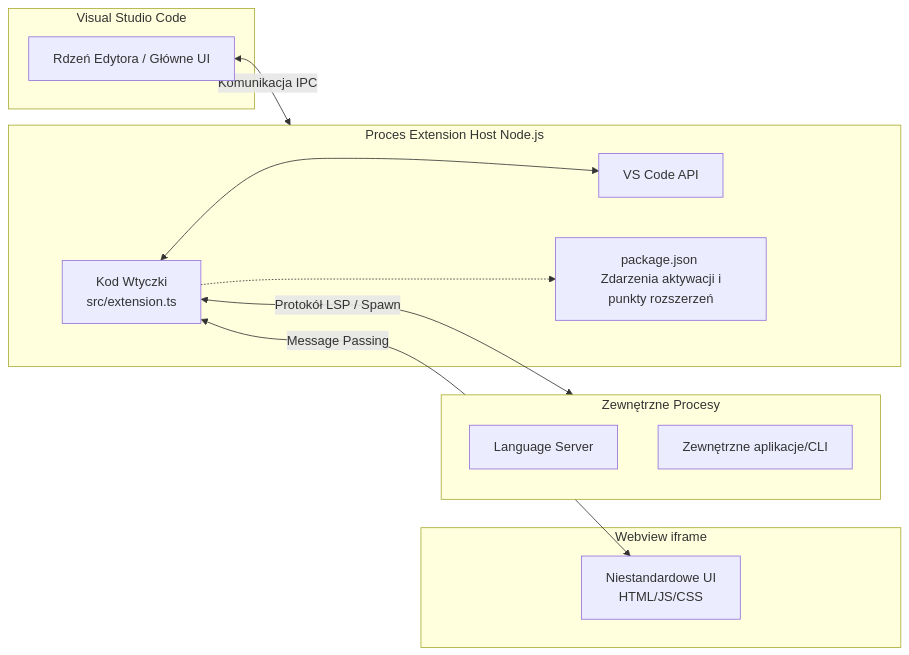
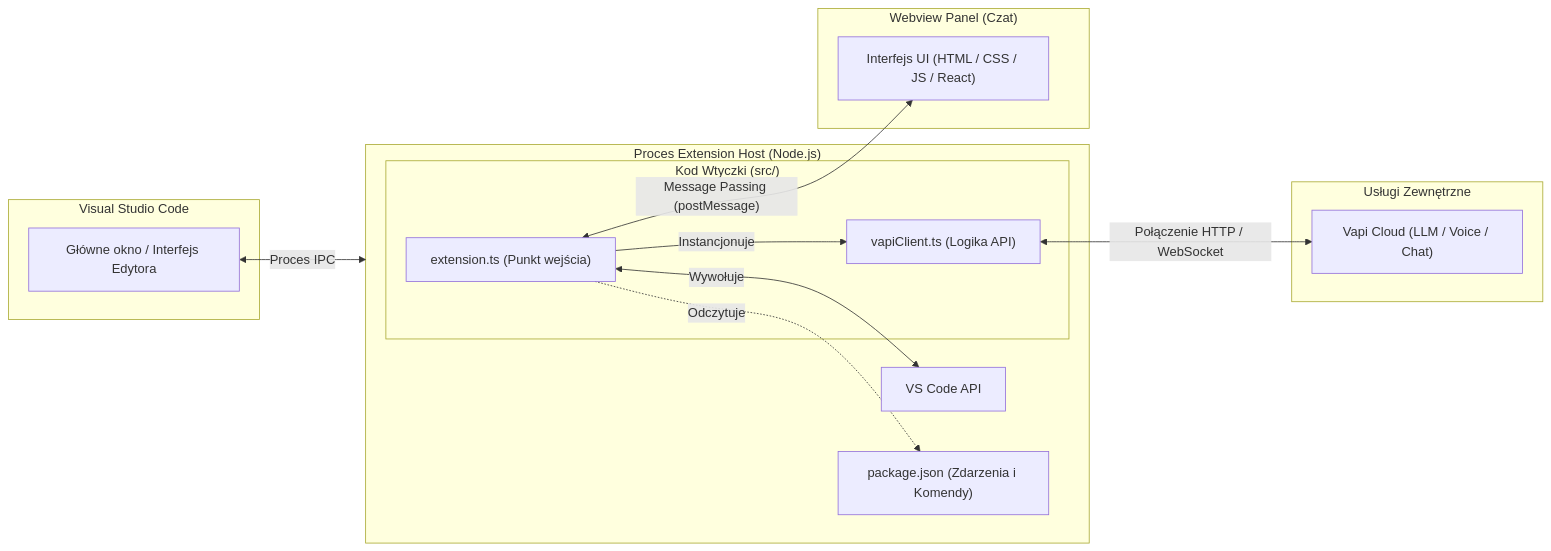
The first of 2 diagrams in README.md (KrzysKond/google-deepmind-hackathon), drawn with Mermaid before and after one commit. The commit also changed other lines of this file, not shown here.

Commit message:
fix diagrams

````diff
--- a/README.md
+++ b/README.md
@@ -3,28 +1,32 @@
 ```mermaid
 flowchart LR
-    subgraph VSCode[Visual Studio Code]
-        Core[Rdzeń Edytora / Główne UI]
+    subgraph VSCode["Visual Studio Code"]
+        CoreUI["Główne okno / Interfejs Edytora"]
     end
 
-    subgraph ExtHost[Proces Extension Host Node.js]
-        API[VS Code API]
-        Ext[Kod Wtyczki \n src/extension.ts]
-        Manifest[package.json \n Zdarzenia aktywacji i punkty rozszerzeń]
+    subgraph ExtHost["Proces Extension Host (Node.js)"]
+        API["VS Code API"]
+        Manifest["package.json (Zdarzenia i Komendy)"]
         
-        Ext -.-> Manifest
-        Ext <--> API
+        subgraph PluginLogic["Kod Wtyczki (src/)"]
+            Main["extension.ts (Punkt wejścia)"]
+            VapiClient["vapiClient.ts (Logika API)"]
+        end
+        
+        Main <-->|"Wywołuje"| API
+        Main -->|"Instancjonuje"| VapiClient
+        Main -.->|"Odczytuje"| Manifest
     end
 
-    subgraph External[Zewnętrzne Procesy]
-        LSP[Language Server]
-        CLI[Zewnętrzne aplikacje/CLI]
+    subgraph WebviewContext["Webview Panel (Czat)"]
+        ChatUI["Interfejs UI (HTML / CSS / JS / React)"]
     end
 
-    subgraph WebviewContext[Webview iframe]
-        UI[Niestandardowe UI \n HTML/JS/CSS]
+    subgraph External["Usługi Zewnętrzne"]
+        VapiAPI["Vapi Cloud (LLM / Voice / Chat)"]
     end
 
-    Core <-->|Komunikacja IPC| ExtHost
-    Ext <-->|Message Passing| UI
-    Ext <-->|Protokół LSP / Spawn| External
+    CoreUI <-->|"Proces IPC"| ExtHost
+    Main <-->|"Message Passing (postMessage)"| ChatUI
+    VapiClient <-->|"Połączenie HTTP / WebSocket"| VapiAPI
 ```
````
